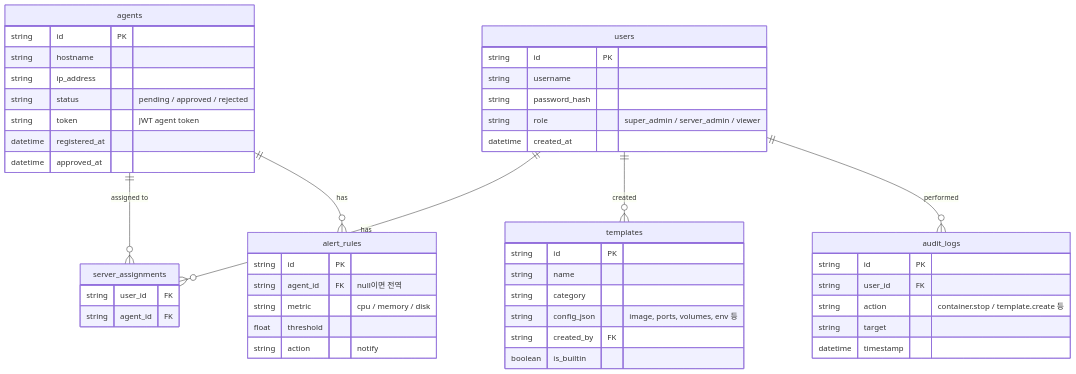
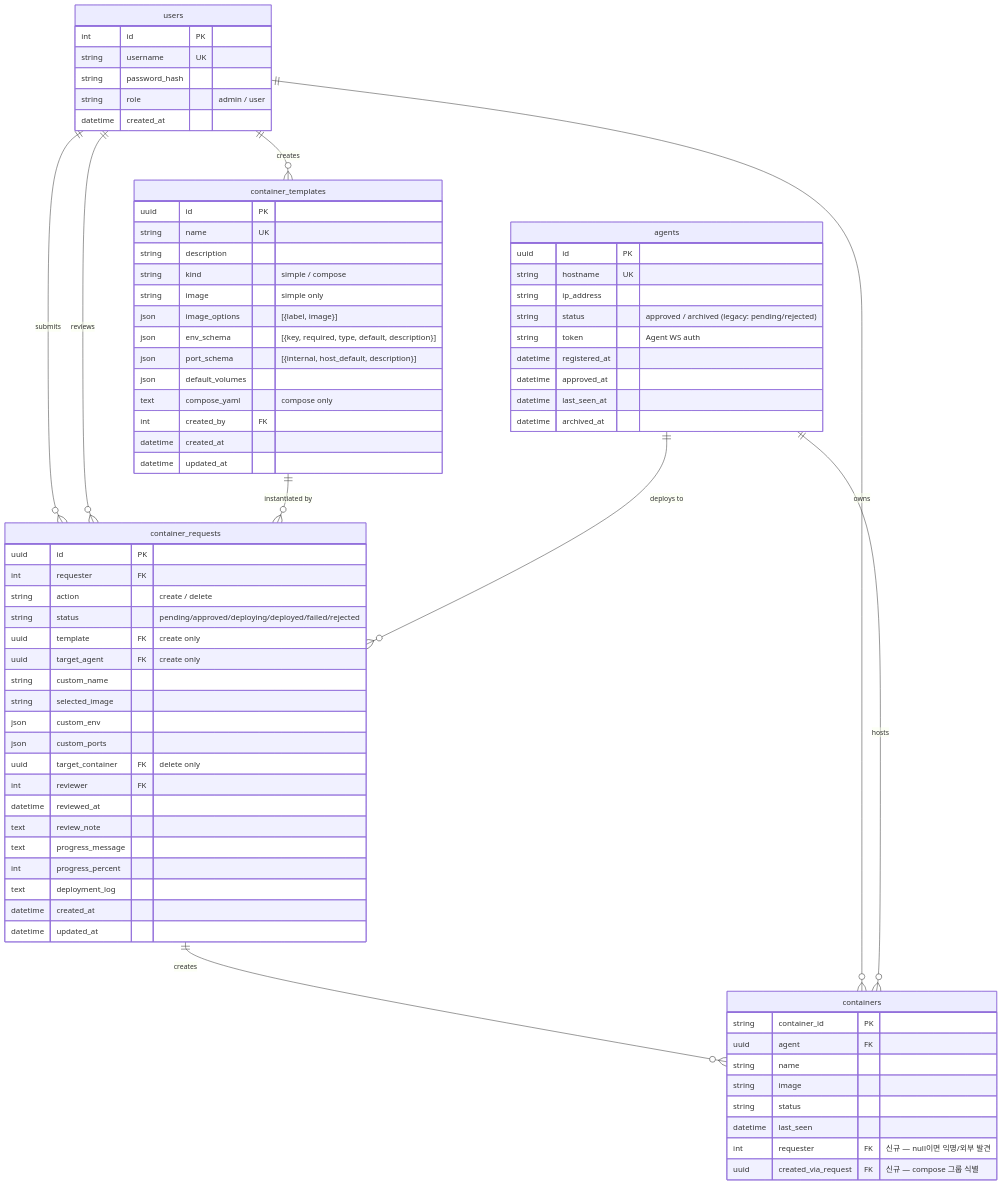
The tenth of 12 diagrams in docs/to-be-architecture.md (qkr7287/HyperCube), drawn with Mermaid before and after one commit. The commit also changed other lines of this file, not shown here.

Commit message:
docs(to-be): finish §3.3, §3.4, §4 alignment with new direction
Catch the leftovers from 75bafa4 — those sections directly
contradicted what we just agreed:

- §3.3 비전문가용 Docker 관리: 4-step diagram replaced with the
  request → approve → deploy 5-step flow; feature table now
  reflects admin-only template authoring, request-based delete,
  and that progress comes from the Agent's command_progress
  events. Cross-references §2.6 for the authoritative model.
- §3.4 인증 & 권한: dropped the 3-tier super_admin / server_admin
  / viewer model that the rest of the doc no longer matches.
  Replaced with 2-tier admin / user, the seed-account note
  (admin / agics / agics1), and a pointer that Agent token auth
  is independent of user roles.
- §4 ER diagram: rewrote to reflect the new schema —
  container_templates with image_options/env_schema/port_schema,
  container_requests with progress fields, agents with
  last_seen_at / archived_at, containers with requester +
  created_via_request, users.role narrowed to admin/user, and
  server_assignments removed. Listed alert_rules / audit_logs /
  metrics history as Phase 4+ for clarity.

````diff
--- a/docs/to-be-architecture.md
+++ b/docs/to-be-architecture.md
@@ -663,56 +684,80 @@
 ```mermaid
 erDiagram
     agents {
-        string id PK
-        string hostname
+        uuid id PK
+        string hostname UK
         string ip_address
-        string status "pending / approved / rejected"
-        string token "JWT agent token"
+        string status "approved / archived (legacy: pending/rejected)"
+        string token "Agent WS auth"
         datetime registered_at
         datetime approved_at
+        datetime last_seen_at
+        datetime archived_at
     }
 
     users {
-        string id PK
-        string username
+        int id PK
+        string username UK
         string password_hash
-        string role "super_admin / server_admin / viewer"
+        string role "admin / user"
         datetime created_at
     }
 
-    server_assignments {
-        string user_id FK
-        string agent_id FK
+    container_templates {
+        uuid id PK
+        string name UK
+        string description
+        string kind "simple / compose"
+        string image "simple only"
+        json image_options "[{label, image}]"
+        json env_schema "[{key, required, type, default, description}]"
+        json port_schema "[{internal, host_default, description}]"
+        json default_volumes
+        text compose_yaml "compose only"
+        int created_by FK
+        datetime created_at
+        datetime updated_at
     }
 
-    templates {
-        string id PK
-        string name
-        string category
-        string config_json "image, ports, volumes, env 등"
-        string created_by FK
-        boolean is_builtin
+    container_requests {
+        uuid id PK
+        int requester FK
+        string action "create / delete"
+        string status "pending/approved/deploying/deployed/failed/rejected"
+        uuid template FK "create only"
+        uuid target_agent FK "create only"
+        string custom_name
+        string selected_image
+        json custom_env
+        json custom_ports
+        uuid target_container FK "delete only"
+        int reviewer FK
+        datetime reviewed_at
+        text review_note
+        text progress_message
+        int progress_percent
+        text deployment_log
+        datetime created_at
+        datetime updated_at
     }
 
-    alert_rules {
-        string id PK
-        string agent_id FK "null이면 전역"
-        string metric "cpu / memory / disk"
-        float threshold
-        string action "notify"
+    containers {
+        string container_id PK
+        uuid agent FK
+        string name
+        string image
+        string status
+        datetime last_seen
+        int requester FK "신규 — null이면 익명/외부 발견"
+        uuid created_via_request FK "신규 — compose 그룹 식별"
     }
 
-    audit_logs {
-        string id PK
-        string user_id FK
-        string action "container.stop / template.create 등"
-        string target
-        datetime timestamp
-    }
-
-    users ||--o{ server_assignments : "has"
-    agents ||--o{ server_assignments : "assigned to"
-    users ||--o{ templates : "created"
-    agents ||--o{ alert_rules : "has"
-    users ||--o{ audit_logs : "performed"
+    users ||--o{ container_templates : "creates"
+    users ||--o{ container_requests : "submits"
+    users ||--o{ container_requests : "reviews"
+    container_templates ||--o{ container_requests : "instantiated by"
+    agents ||--o{ container_requests : "deploys to"
+    container_requests ||--o{ containers : "creates"
+    users ||--o{ containers : "owns"
+    agents ||--o{ containers : "hosts"
 ```
````
